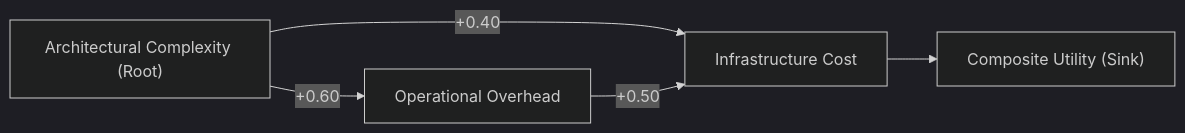
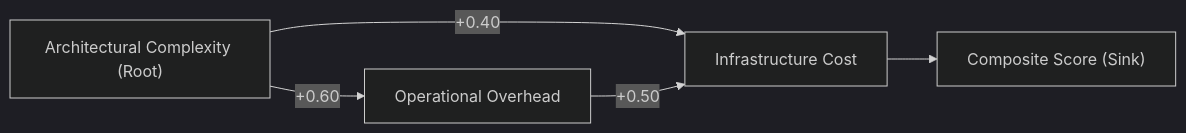
One commit to MafiaCatto/ReasonGraph changed the diagram in README.md. Above: the diagram before and after it, drawn with Mermaid (dark theme). The commit also changed other lines of this file and 4 other files, not shown here.

````diff
--- a/README.md
+++ b/README.md
@@ -194,7 +148,7 @@
 ```mermaid
 graph LR
     Complexity["Architectural Complexity (Root)"] -->|"+0.60"| Overhead["Operational Overhead"]
     Complexity -->|"+0.40"| Cost["Infrastructure Cost"]
     Overhead -->|"+0.50"| Cost
-    Cost --> Utility["Composite Utility (Sink)"]
+    Cost --> Utility["Composite Score (Sink)"]
 ```
````
